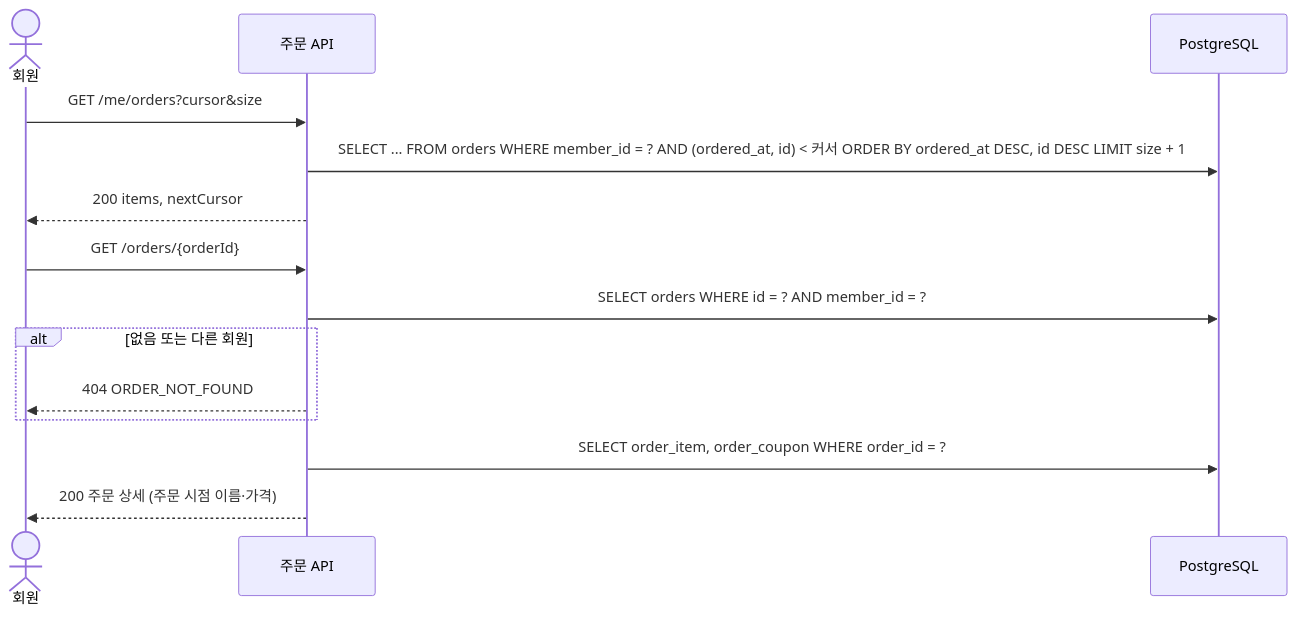
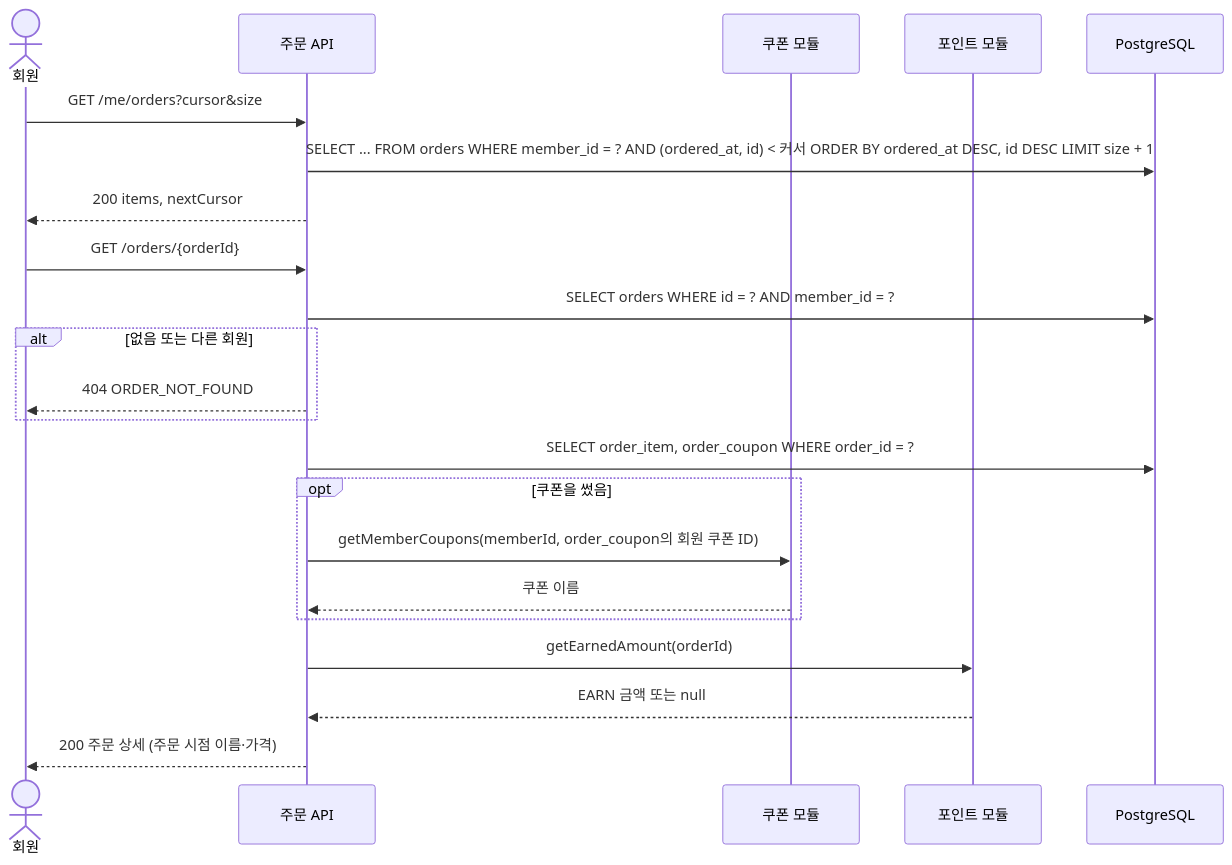
One commit to KAPUIST/flash-gate changed the sixth of 9 diagrams in docs/features/order/flows.md. Above: the diagram before and after it, drawn with Mermaid. The commit also changed other lines of this file and 25 other files, not shown here.

````diff
--- a/docs/features/order/flows.md
+++ b/docs/features/order/flows.md
@@ -198,17 +274,25 @@
 ```mermaid
 sequenceDiagram
     actor U as 회원
     participant O as 주문 API
+    participant CP as 쿠폰 모듈
+    participant PT as 포인트 모듈
     participant DB as PostgreSQL
 
     U->>O: GET /me/orders?cursor&size
     O->>DB: SELECT ... FROM orders WHERE member_id = ? AND (ordered_at, id) < 커서 ORDER BY ordered_at DESC, id DESC LIMIT size + 1
     O-->>U: 200 items, nextCursor
     U->>O: GET /orders/{orderId}
     O->>DB: SELECT orders WHERE id = ? AND member_id = ?
     alt 없음 또는 다른 회원
         O-->>U: 404 ORDER_NOT_FOUND
     end
     O->>DB: SELECT order_item, order_coupon WHERE order_id = ?
+    opt 쿠폰을 썼음
+        O->>CP: getMemberCoupons(memberId, order_coupon의 회원 쿠폰 ID)
+        CP-->>O: 쿠폰 이름
+    end
+    O->>PT: getEarnedAmount(orderId)
+    PT-->>O: EARN 금액 또는 null
     O-->>U: 200 주문 상세 (주문 시점 이름·가격)
 ```
````
